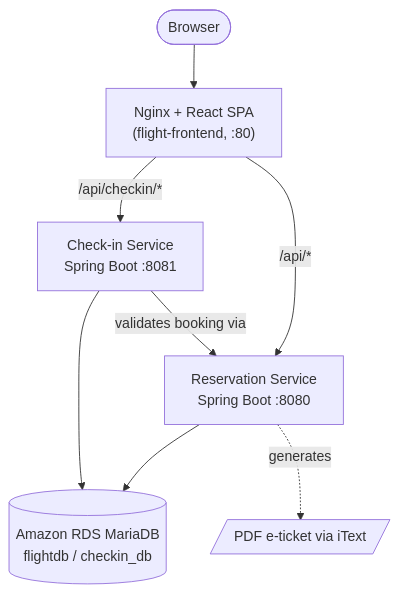
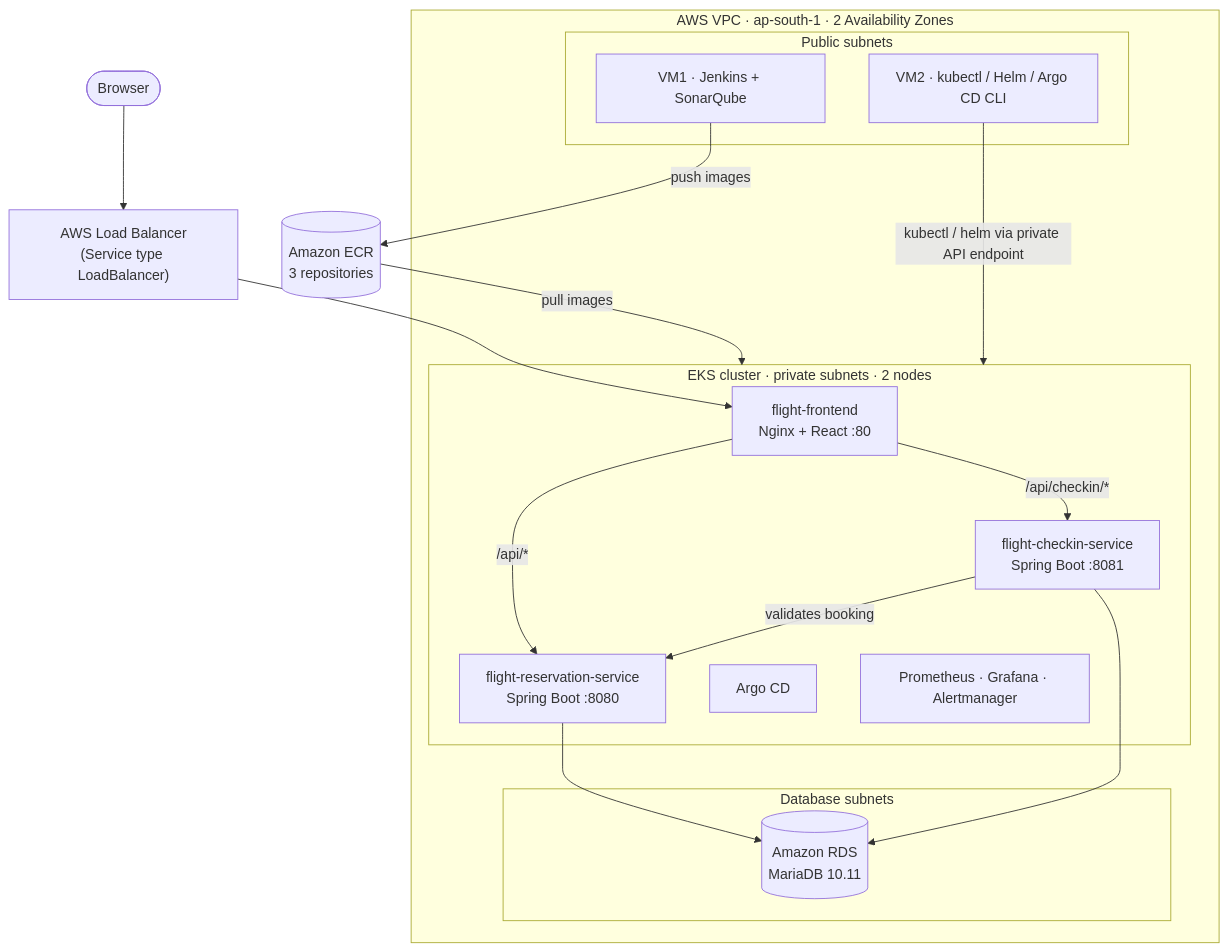
One commit to AnuragPatil-cloud/flight-reservation-app-AWS changed the first of 2 diagrams in README.md. Above: the diagram before and after it, drawn with Mermaid. The commit also changed other lines of this file, not shown here.

````diff
--- a/README.md
+++ b/README.md
@@ -90,14 +98,36 @@
 ```mermaid
-flowchart TD
-    U([Browser]) --> FE["Nginx + React SPA<br/>(flight-frontend, :80)"]
+flowchart TB
+    user([Browser])
+    lb["AWS Load Balancer<br/>(Service type LoadBalancer)"]
 
-    FE -- "/api/*" --> RES["Reservation Service<br/>Spring Boot :8080"]
-    FE -- "/api/checkin/*" --> CHK["Check-in Service<br/>Spring Boot :8081"]
+    subgraph vpc["AWS VPC · ap-south-1 · 2 Availability Zones"]
+        subgraph pub["Public subnets"]
+            jenkins["VM1 · Jenkins + SonarQube"]
+            ops["VM2 · kubectl / Helm / Argo CD CLI"]
+        end
 
-    CHK -- "validates booking via" --> RES
+        subgraph eks["EKS cluster · private subnets · 2 nodes"]
+            fe["flight-frontend<br/>Nginx + React :80"]
+            res["flight-reservation-service<br/>Spring Boot :8080"]
+            chk["flight-checkin-service<br/>Spring Boot :8081"]
+            argo["Argo CD"]
+            mon["Prometheus · Grafana · Alertmanager"]
+        end
 
-    RES --> DB[(Amazon RDS MariaDB<br/>flightdb / checkin_db)]
-    CHK --> DB
+        subgraph dbs["Database subnets"]
+            rds[("Amazon RDS<br/>MariaDB 10.11")]
+        end
+    end
 
-    RES -. "generates" .-> PDF[/PDF e-ticket via iText/]
+    ecr[("Amazon ECR<br/>3 repositories")]
+
+    user --> lb --> fe
+    fe -->|"/api/*"| res
+    fe -->|"/api/checkin/*"| chk
+    chk -->|"validates booking"| res
+    res --> rds
+    chk --> rds
+    jenkins -->|"push images"| ecr
+    ecr -->|"pull images"| eks
+    ops -->|"kubectl / helm via private API endpoint"| eks
 ```
````
